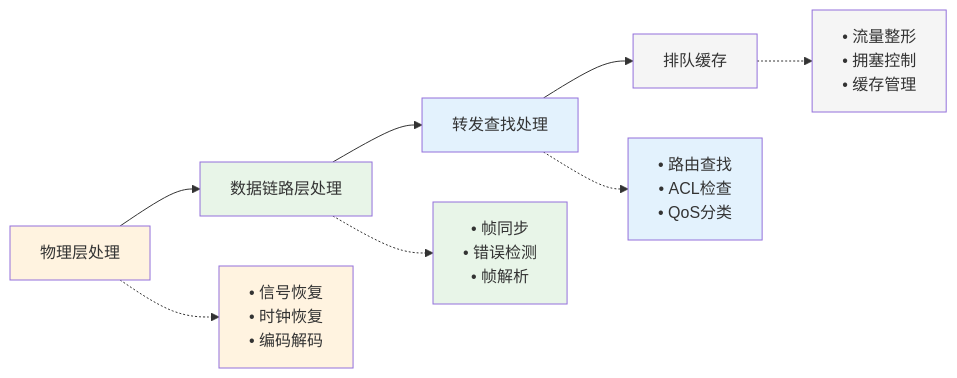
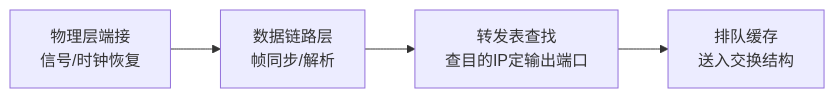
Before and after one commit to Dtheme/CS-base: the second of 5 diagrams in 计算机网络/4.2网络层：路由器体系结构.md, drawn with Mermaid. The commit also changed other lines of this file and 51 other files, not shown here.

````diff
--- a/计算机网络/4.2网络层：路由器体系结构.md
+++ b/计算机网络/4.2网络层：路由器体系结构.md
@@ -175,20 +112,6 @@
 ```mermaid
 graph LR
-    A["物理层处理"] --> B["数据链路层处理"]
-    B --> C["转发查找处理"]
-    C --> D["排队缓存"]
-    
-    A -.-> A1["• 信号恢复<br/>• 时钟恢复<br/>• 编码解码"]
-    B -.-> B1["• 帧同步<br/>• 错误检测<br/>• 帧解析"]
-    C -.-> C1["• 路由查找<br/>• ACL检查<br/>• QoS分类"]
-    D -.-> D1["• 流量整形<br/>• 拥塞控制<br/>• 缓存管理"]
-    
-    style A fill:#fff3e0,color:#333
-    style B fill:#e8f5e8,color:#333
-    style C fill:#e3f2fd,color:#333
-    style D fill:#f5f5f5,color:#333
-    style A1 fill:#fff3e0,color:#333
-    style B1 fill:#e8f5e8,color:#333
-    style C1 fill:#e3f2fd,color:#333
-    style D1 fill:#f5f5f5,color:#333
+    A["物理层端接<br/>信号/时钟恢复"] --> B["数据链路层<br/>帧同步/解析"]
+    B --> C["转发表查找<br/>查目的IP定输出端口"]
+    C --> D["排队缓存<br/>送入交换结构"]
 ```
````
